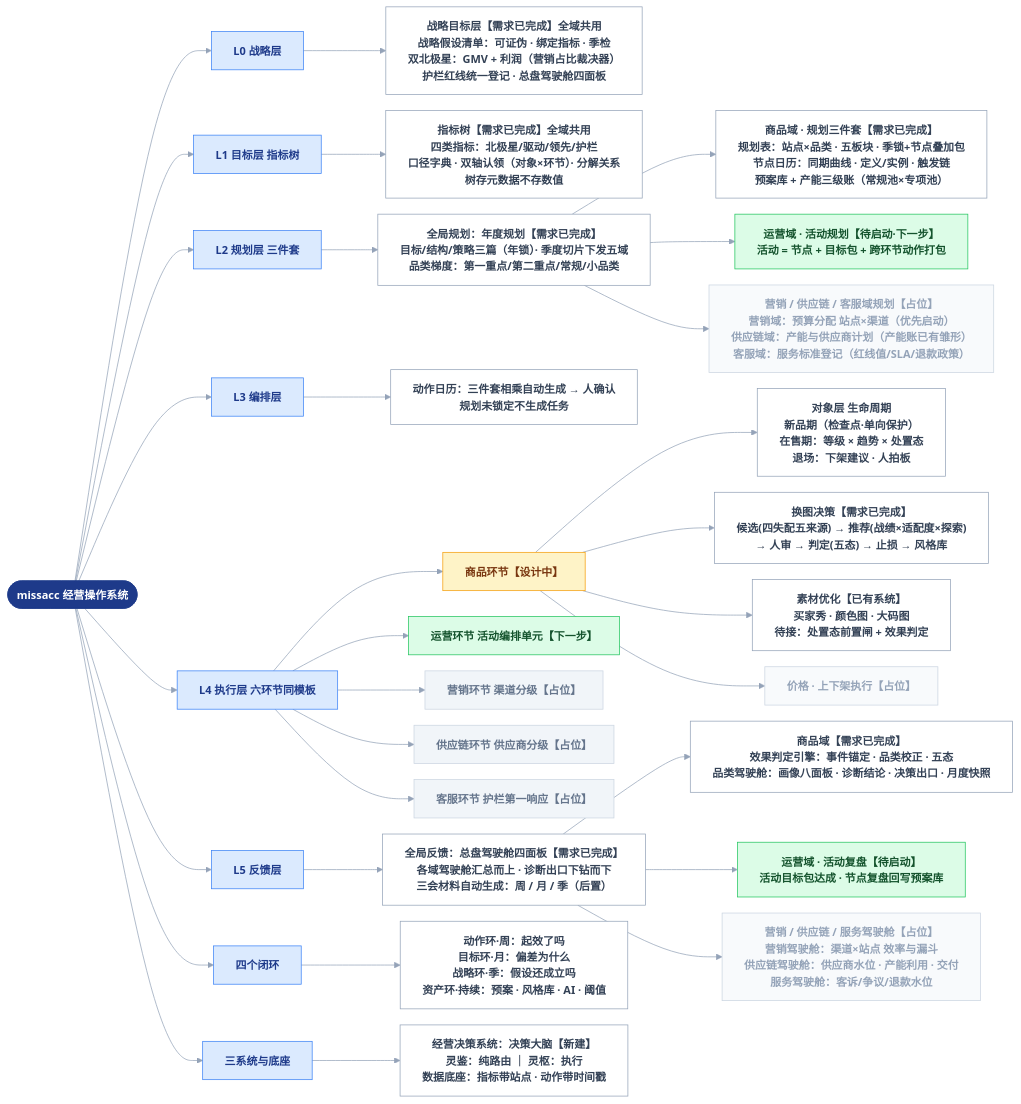
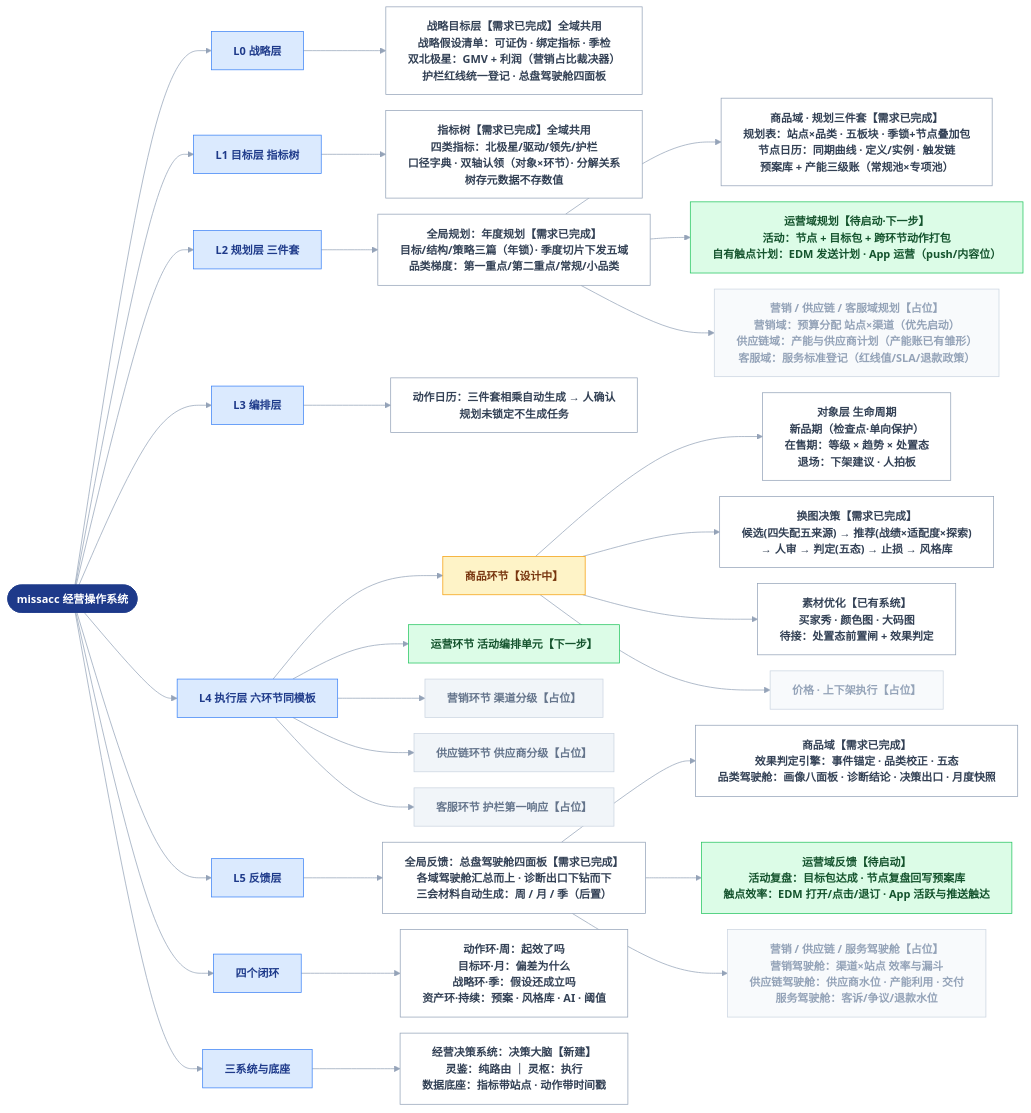
Before and after one commit to devlee/ma: the diagram in docs/系统结构总览.md, drawn with Mermaid. The commit also changed other lines of this file, not shown here.

Commit message:
总览：运营域扩为活动+自有触点（EDM/App），明确运营=自有流量、营销=付费获客的域边界

```diff
--- a/docs/系统结构总览.md
+++ b/docs/系统结构总览.md
@@ -38,8 +38,9 @@
 规划表：站点×品类 · 五板块 · 季锁+节点叠加包
 节点日历：同期曲线 · 定义/实例 · 触发链
 预案库 + 产能三级账（常规池×专项池）"]:::leaf
-  L2A --> L2O["运营域 · 活动规划【待启动·下一步】
-活动 = 节点 + 目标包 + 跨环节动作打包"]:::env
+  L2A --> L2O["运营域规划【待启动·下一步】
+活动：节点 + 目标包 + 跨环节动作打包
+自有触点计划：EDM 发送计划 · App 运营（push/内容位）"]:::env
   L2A --> L2F["营销 / 供应链 / 客服域规划【占位】
 营销域：预算分配 站点×渠道（优先启动）
 供应链域：产能与供应商计划（产能账已有雏形）
@@ -72,8 +73,9 @@
   L5G --> L5C["商品域【需求已完成】
 效果判定引擎：事件锚定 · 品类校正 · 五态
 品类驾驶舱：画像八面板 · 诊断结论 · 决策出口 · 月度快照"]:::leaf
-  L5G --> L5O["运营域 · 活动复盘【待启动】
-活动目标包达成 · 节点复盘回写预案库"]:::env
+  L5G --> L5O["运营域反馈【待启动】
+活动复盘：目标包达成 · 节点复盘回写预案库
+触点效率：EDM 打开/点击/退订 · App 活跃与推送触达"]:::env
   L5G --> L5F["营销 / 供应链 / 服务驾驶舱【占位】
 营销驾驶舱：渠道×站点 效率与漏斗
 供应链驾驶舱：供应商水位 · 产能利用 · 交付
```
